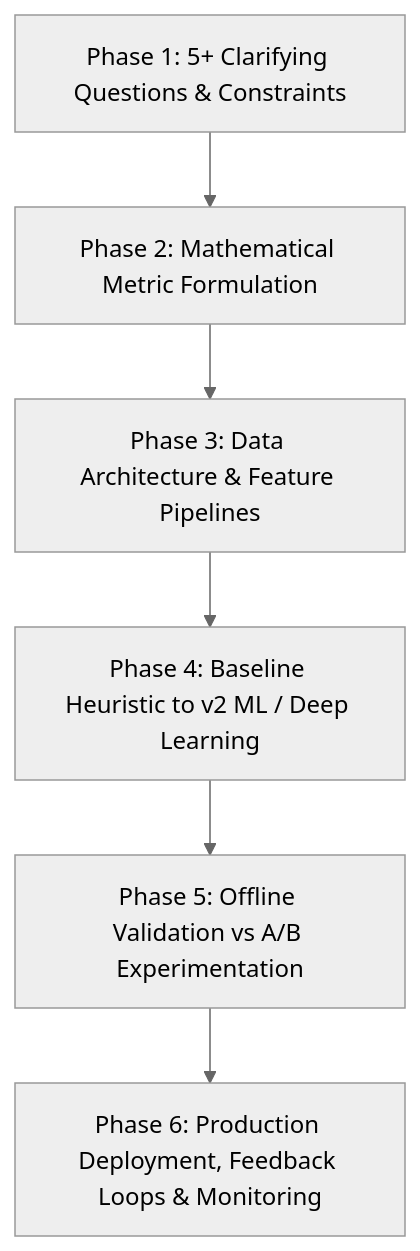
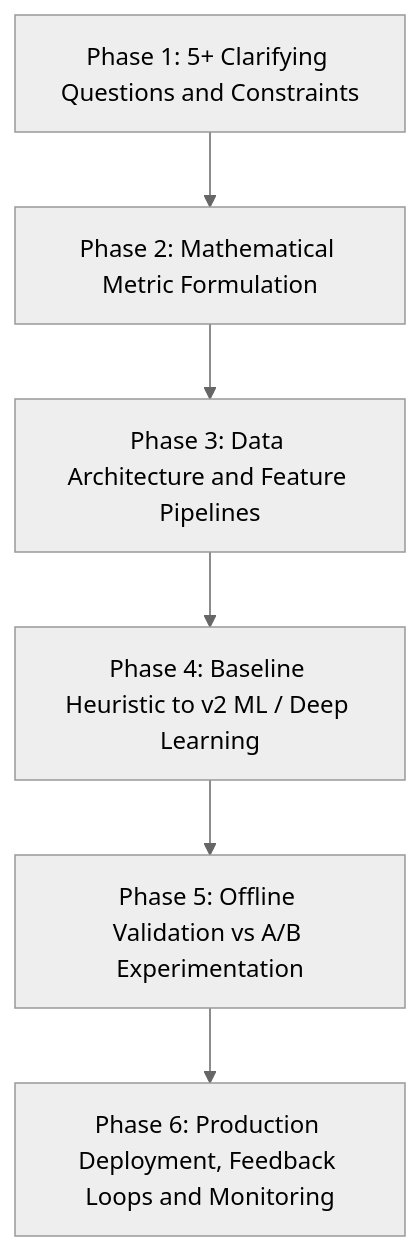
One commit to Prateek-N/preprationstuff changed the fourth of 7 diagrams in haritha_part1.md. Above: the diagram before and after it, drawn with Mermaid (neutral theme). The commit also changed other lines of this file and 5 other files, not shown here.

Commit message:
Fix Mermaid diagram syntax in System 2 flow and quote all node labels for Mermaid 11.x

````diff
--- a/haritha_part1.md
+++ b/haritha_part1.md
@@ -163,8 +165,8 @@
 ```mermaid
 flowchart TD
-    P1[Phase 1: 5+ Clarifying Questions & Constraints] --> P2[Phase 2: Mathematical Metric Formulation]
-    P2 --> P3[Phase 3: Data Architecture & Feature Pipelines]
-    P3 --> P4[Phase 4: Baseline Heuristic to v2 ML / Deep Learning]
-    P4 --> P5[Phase 5: Offline Validation vs A/B Experimentation]
-    P5 --> P6[Phase 6: Production Deployment, Feedback Loops & Monitoring]
+    P1["Phase 1: 5+ Clarifying Questions and Constraints"] --> P2["Phase 2: Mathematical Metric Formulation"]
+    P2 --> P3["Phase 3: Data Architecture and Feature Pipelines"]
+    P3 --> P4["Phase 4: Baseline Heuristic to v2 ML / Deep Learning"]
+    P4 --> P5["Phase 5: Offline Validation vs A/B Experimentation"]
+    P5 --> P6["Phase 6: Production Deployment, Feedback Loops and Monitoring"]
 ```
````
